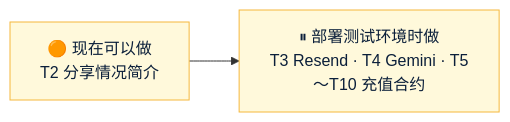
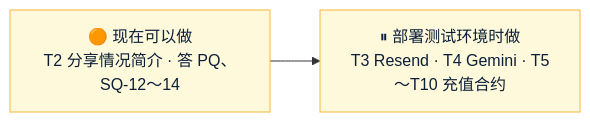
The diagram in Amos待办.md (dollar3651314/forecast), drawn with Mermaid before and after one commit. The commit also changed other lines of this file, not shown here.

````diff
--- a/Amos待办.md
+++ b/Amos待办.md
@@ -10,6 +10,6 @@
 ```mermaid
 flowchart LR
-    T["🟠 现在可以做<br/>T2 分享情况简介"] --> D["⏸ 部署测试环境时做<br/>T3 Resend · T4 Gemini · T5～T10 充值合约"]
+    T["🟠 现在可以做<br/>T2 分享情况简介 · 答 PQ、SQ-12～14"] --> D["⏸ 部署测试环境时做<br/>T3 Resend · T4 Gemini · T5～T10 充值合约"]
     classDef amos fill:#FFF9DB,stroke:#F5B83D,color:#0B1F3A
     class T,D amos
 ```
````
